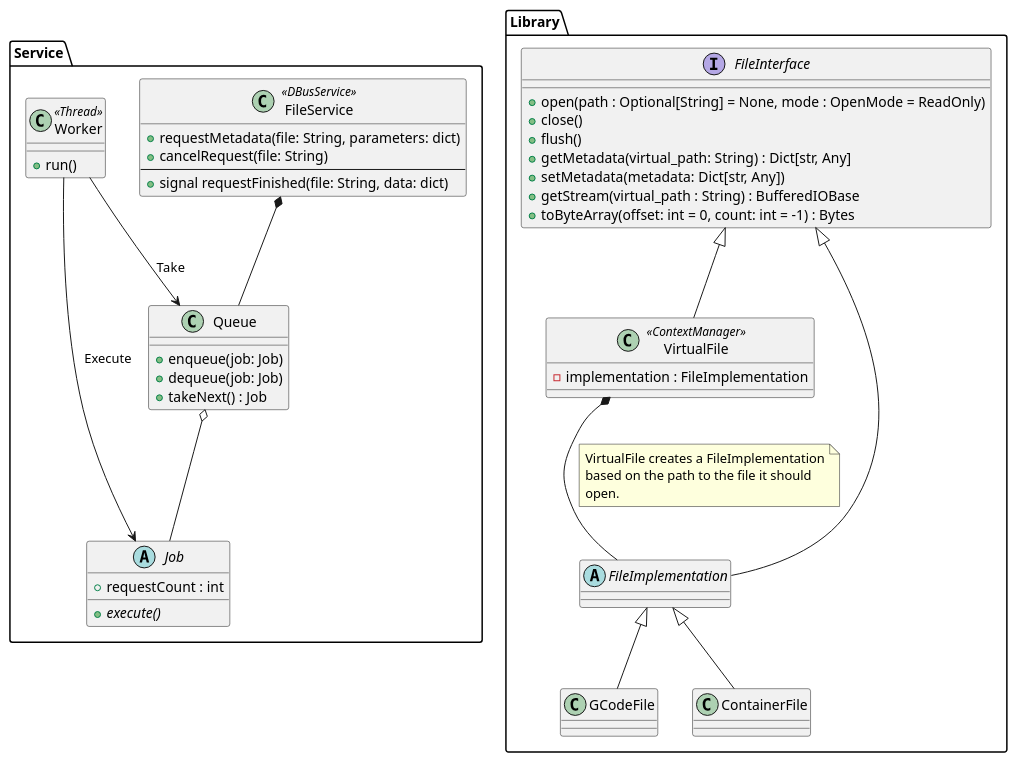
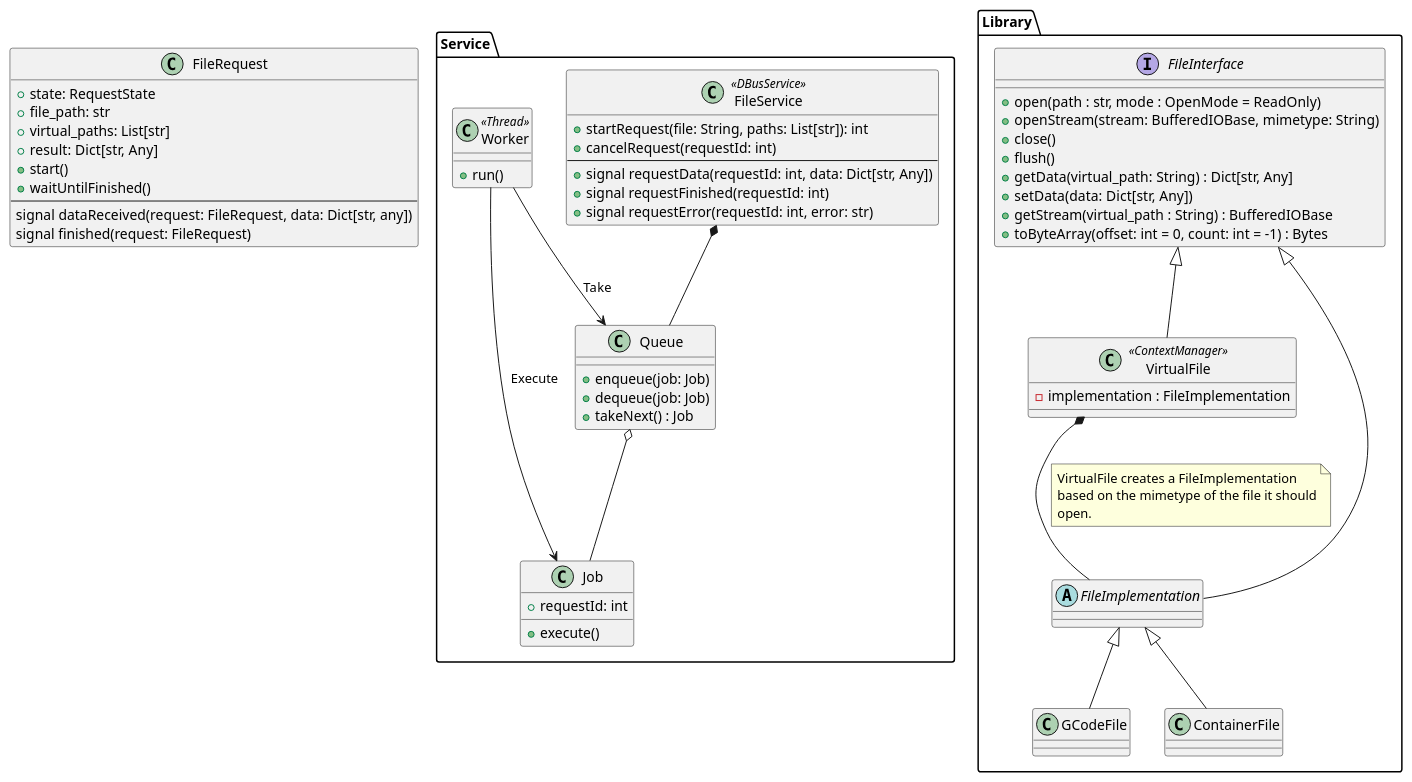
The diagram in docs/class_diagram.plantuml (Ultimaker/libCharon), drawn with PlantUML before and after one commit. The commit also changed 3 other files, not shown here.

Commit message:
Update class and sequence diagrams with changes made to the API

```diff
--- a/docs/class_diagram.plantuml
+++ b/docs/class_diagram.plantuml
@@ -1,67 +1,82 @@
 @startuml
 
 package Service {
     class FileService << DBusService >> {
-        +requestMetadata(file: String, parameters: dict)
-        +cancelRequest(file: String)
+        +startRequest(file: String, paths: List[str]): int
+        +cancelRequest(requestId: int)
         ---
-        +signal requestFinished(file: String, data: dict)
+        +signal requestData(requestId: int, data: Dict[str, Any])
+        +signal requestFinished(requestId: int)
+        +signal requestError(requestId: int, error: str)
     }
 
     class Queue {
         +enqueue(job: Job)
         +dequeue(job: Job)
         +takeNext() : Job
     }
 
     class Worker << Thread >> {
         +run()
     }
 
-    abstract class Job {
-        {abstract} +execute()
-        +requestCount : int
+    class Job {
+        +execute()
+        +requestId: int
     }
 
     FileService *-- Queue
 
     Queue o-- Job
 
     Worker --> Queue : Take
     Worker --> Job : Execute
 }
 
 package Library {
 
     interface FileInterface {
-        +open(path : Optional[String] = None, mode : OpenMode = ReadOnly)
+        +open(path : str, mode : OpenMode = ReadOnly)
+        +openStream(stream: BufferedIOBase, mimetype: String)
         +close()
         +flush()
-        +getMetadata(virtual_path: String) : Dict[str, Any]
-        +setMetadata(metadata: Dict[str, Any])
+        +getData(virtual_path: String) : Dict[str, Any]
+        +setData(data: Dict[str, Any])
         +getStream(virtual_path : String) : BufferedIOBase
         +toByteArray(offset: int = 0, count: int = -1) : Bytes
     }
 
     class VirtualFile << ContextManager >> {
         -implementation : FileImplementation
     }
 
     abstract class FileImplementation {
     }
 
     FileInterface <|-- VirtualFile
     FileInterface <|-- FileImplementation
 
     VirtualFile *-- FileImplementation
     note on link
         VirtualFile creates a FileImplementation
-        based on the path to the file it should
+        based on the mimetype of the file it should
         open.
     end note
 
     FileImplementation <|-- GCodeFile
     FileImplementation <|-- ContainerFile
 }
 
+class FileRequest {
+    +state: RequestState
+    +file_path: str
+    +virtual_paths: List[str]
+    +result: Dict[str, Any]
+    +start()
+    +waitUntilFinished()
+    ---
+    signal dataReceived(request: FileRequest, data: Dict[str, any])
+    signal finished(request: FileRequest)
+}
+
 @enduml
```
